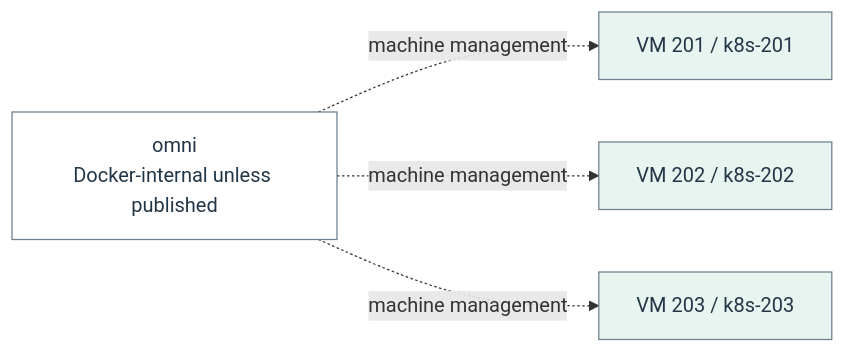
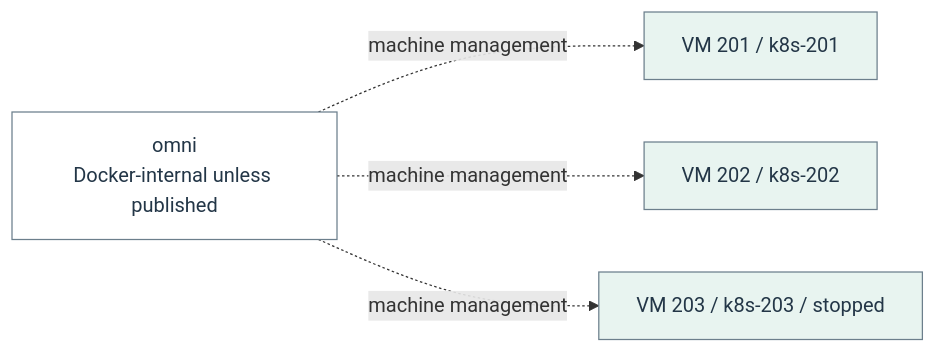
One commit to Harsh-2002/Homelab changed diagram 21 of 22 in docs/architecture/homelab-mermaid.md. Above: the diagram before and after it, drawn with Mermaid. The commit also changed other lines of this file and 49 other files, not shown here.

````diff
--- a/docs/architecture/homelab-mermaid.md
+++ b/docs/architecture/homelab-mermaid.md
@@ -603,14 +603,14 @@
 ```mermaid
 flowchart LR
   n_flow_16_0["omni<br/>Docker-internal unless published"]
   n_flow_16_1["VM 201 / k8s-201"]
   n_flow_16_2["VM 202 / k8s-202"]
-  n_flow_16_3["VM 203 / k8s-203"]
+  n_flow_16_3["VM 203 / k8s-203 / stopped"]
   n_flow_16_0 -.->|"machine management"| n_flow_16_1
   n_flow_16_0 -.->|"machine management"| n_flow_16_2
   n_flow_16_0 -.->|"machine management"| n_flow_16_3
   classDef c_flow_16_0 fill:#ffffff,stroke:#6c7f8c,color:#233647;
   class n_flow_16_0 c_flow_16_0;
   classDef c_flow_16_1 fill:#e8f4f0,stroke:#6c7f8c,color:#233647;
   class n_flow_16_1,n_flow_16_2,n_flow_16_3 c_flow_16_1;
 ```
````
